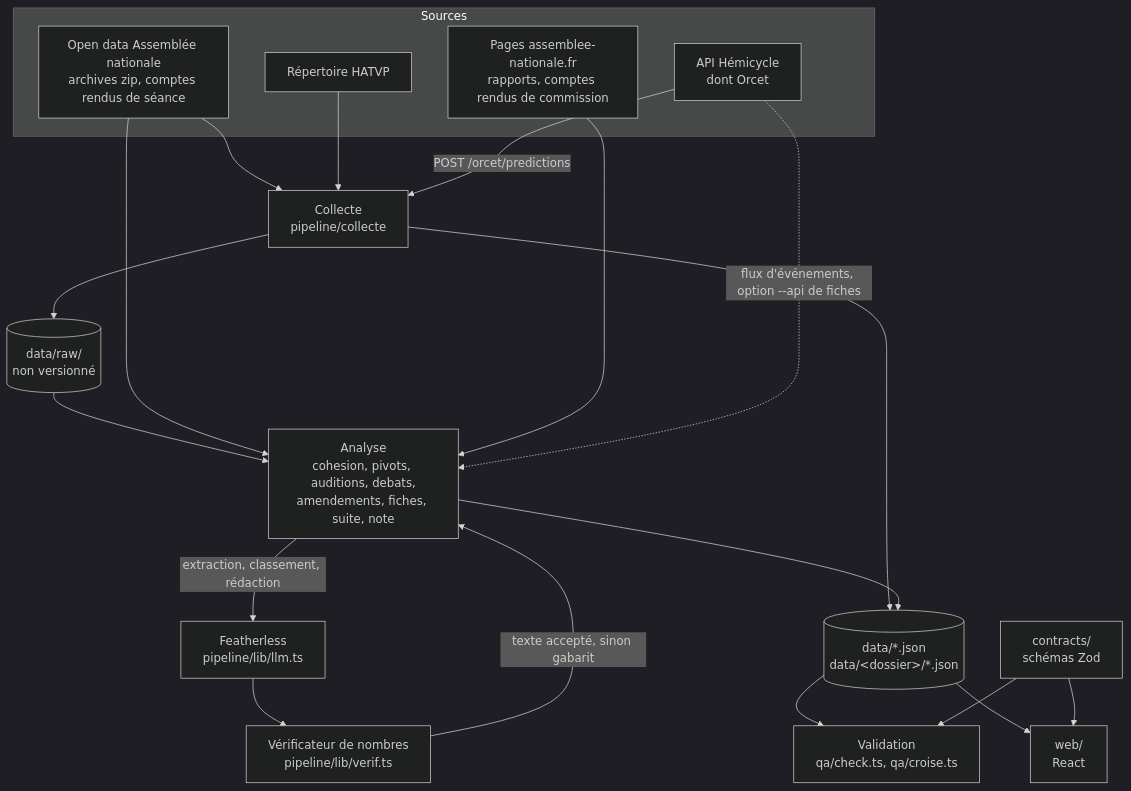
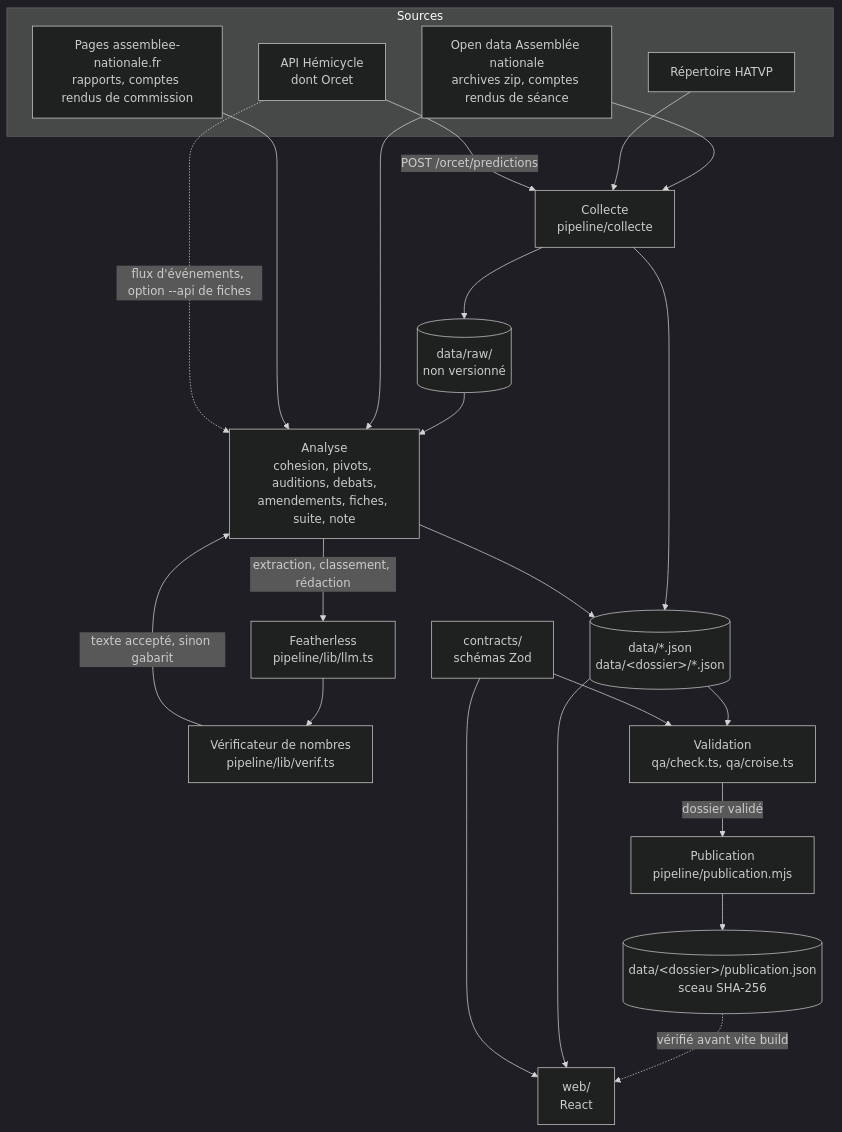
Before and after one commit to aaxxeell09/Legiscope: the first of 2 diagrams in docs/ARCHITECTURE.md, drawn with Mermaid (dark theme). The commit also changed other lines of this file and 1 other file, not shown here.

First line of the commit message:
docs: architecture et reproduction corrigées après revue indépendante

````diff
--- a/docs/ARCHITECTURE.md
+++ b/docs/ARCHITECTURE.md
@@ -27,35 +28,40 @@
 ```mermaid
 flowchart TD
   subgraph SRC["Sources"]
     OD["Open data Assemblée nationale<br/>archives zip, comptes rendus de séance"]
     AN["Pages assemblee-nationale.fr<br/>rapports, comptes rendus de commission"]
     HV["Répertoire HATVP"]
     HM["API Hémicycle<br/>dont Orcet"]
   end
   C["Collecte<br/>pipeline/collecte"]
   RAW[("data/raw/<br/>non versionné")]
   A["Analyse<br/>cohesion, pivots, auditions, debats,<br/>amendements, fiches, suite, note"]
   FL["Featherless<br/>pipeline/lib/llm.ts"]
   VN["Vérificateur de nombres<br/>pipeline/lib/verif.ts"]
   J[("data/*.json<br/>data/&lt;dossier&gt;/*.json")]
   K["contracts/<br/>schémas Zod"]
   Q["Validation<br/>qa/check.ts, qa/croise.ts"]
+  P["Publication<br/>pipeline/publication.mjs"]
+  S[("data/&lt;dossier&gt;/publication.json<br/>sceau SHA-256")]
   W["web/<br/>React"]
   OD --> C
   HV --> C
   HM -- "POST /orcet/predictions" --> C
   C --> RAW
   C --> J
   RAW --> A
   OD --> A
   AN --> A
   HM -. "flux d'événements, option --api de fiches" .-> A
   A -- "extraction, classement, rédaction" --> FL
   FL --> VN
   VN -- "texte accepté, sinon gabarit" --> A
   A --> J
   J --> Q
   K --> Q
+  Q -- "dossier validé" --> P
+  P --> S
+  S -. "vérifié avant vite build" .-> W
   J --> W
   K --> W
 ```
````
